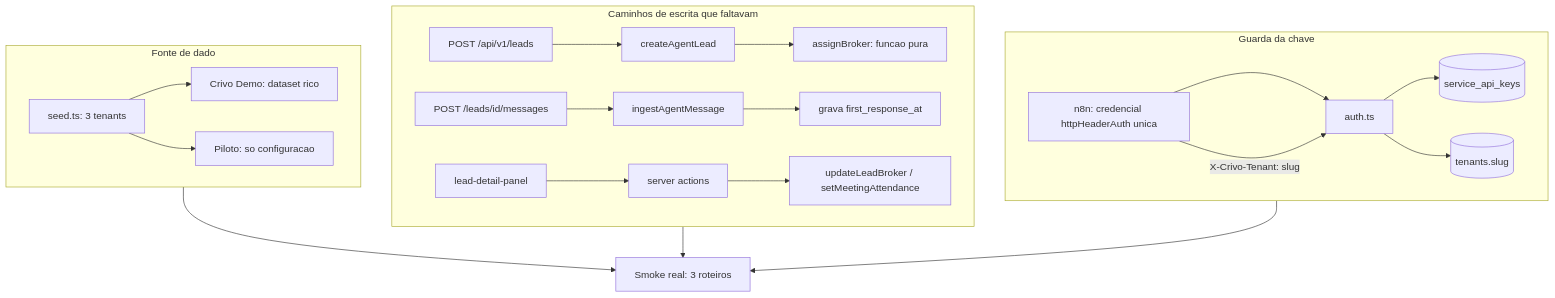
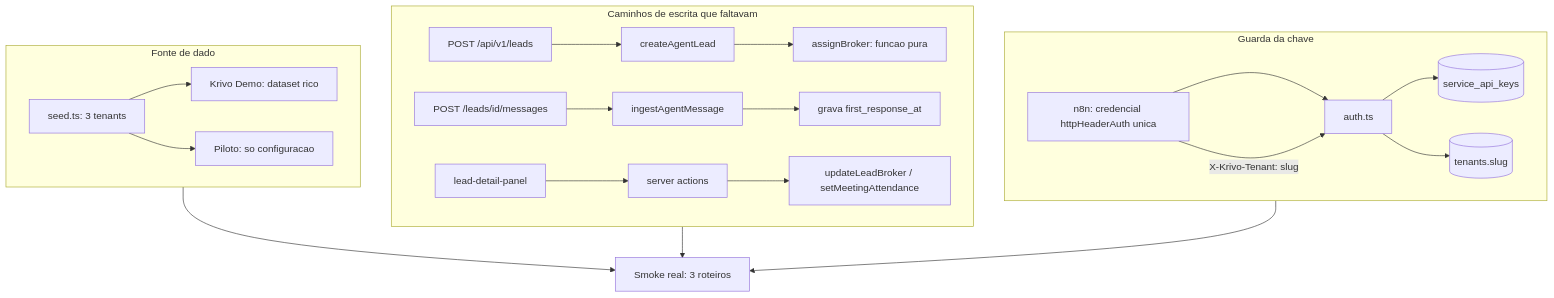
Before and after one commit to Arthur1050/crivo: the diagram in .specs/features/lote-7-dado-real-ponta-a-ponta/design.md, drawn with Mermaid. The commit also changed other lines of this file and 207 other files, not shown here.

````diff
--- a/.specs/features/lote-7-dado-real-ponta-a-ponta/design.md
+++ b/.specs/features/lote-7-dado-real-ponta-a-ponta/design.md
@@ -29,27 +29,27 @@
 ```mermaid
 graph TD
     subgraph F1["Fonte de dado"]
-      SEED[seed.ts: 3 tenants] --> DEMO[Crivo Demo: dataset rico]
+      SEED[seed.ts: 3 tenants] --> DEMO[Krivo Demo: dataset rico]
       SEED --> PILOT[Piloto: so configuracao]
     end
 
     subgraph F2["Caminhos de escrita que faltavam"]
       CONTRATO["POST /api/v1/leads"] --> CAL[createAgentLead]
       CAL --> PURA["assignBroker: funcao pura"]
       MSG["POST /leads/id/messages"] --> ING[ingestAgentMessage]
       ING --> FRA[grava first_response_at]
       PANEL[lead-detail-panel] --> ACT[server actions]
       ACT --> DALW["updateLeadBroker / setMeetingAttendance"]
     end
 
     subgraph F3["Guarda da chave"]
       N8N["n8n: credencial httpHeaderAuth unica"] --> AUTH[auth.ts]
-      N8N -->|"X-Crivo-Tenant: slug"| AUTH
+      N8N -->|"X-Krivo-Tenant: slug"| AUTH
       AUTH --> SVC[(service_api_keys)]
       AUTH --> TEN[("tenants.slug")]
     end
 
     F1 --> PROVA["Smoke real: 3 roteiros"]
     F2 --> PROVA
     F3 --> PROVA
 ```
````
